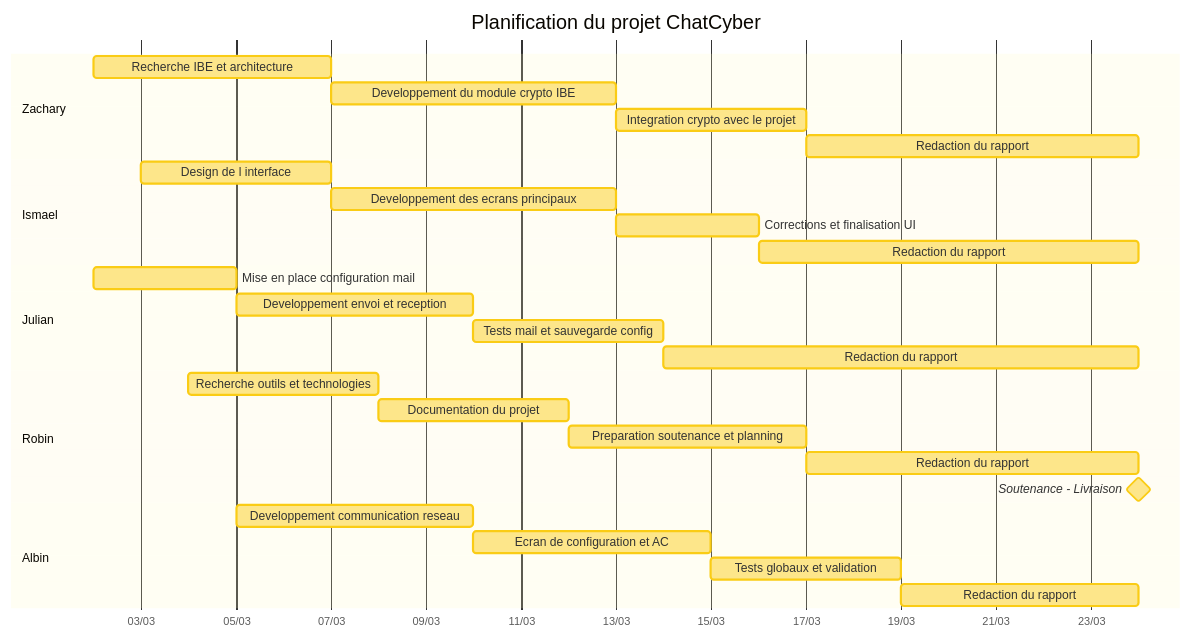
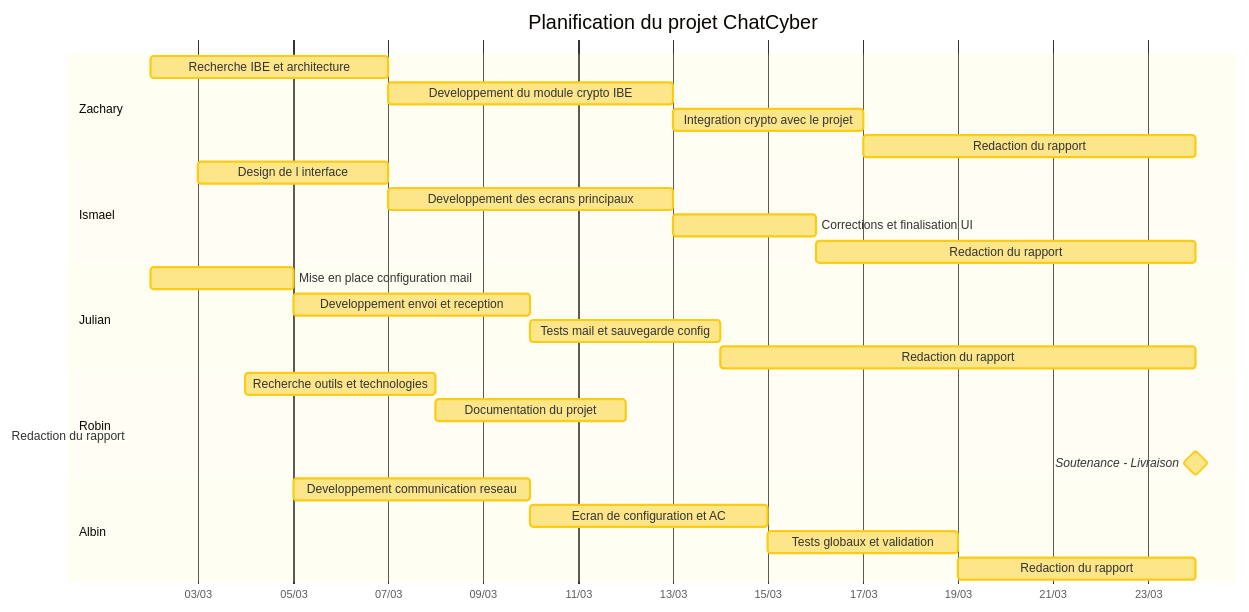
The diagram in README_GANTT.md (ismo009/chatcyber), drawn with Mermaid before and after one commit.

````diff
--- a/README_GANTT.md
+++ b/README_GANTT.md
@@ -5,64 +5,63 @@
 ```mermaid
 %%{init: {'theme': 'base', 'themeVariables': {
     'sectionBkgColor': '#fef9c3',
     'sectionBkgColor2': '#fef9c3',
     'altSectionBkgColor': '#fef3c7',
     'taskBkgColor': '#fde68a',
     'taskTextColor': '#3f3f46',
     'taskBorderColor': '#facc15',
     'doneTaskBkgColor': '#fde68a',
     'doneTaskBorderColor': '#facc15',
     'activeTaskBkgColor': '#fde68a',
     'activeTaskBorderColor': '#facc15',
     'section0': '#fde68a',
     'section1': '#fde68a',
     'section2': '#fde68a',
     'section3': '#fde68a',
     'section4': '#fde68a',
     'taskText0': '#3f3f46',
     'taskText1': '#3f3f46',
     'taskText2': '#3f3f46',
     'taskText3': '#3f3f46',
     'taskText4': '#3f3f46',
     'cScale0': '#fde68a',
     'cScale1': '#fde68a',
     'cScale2': '#fde68a',
     'cScale3': '#fde68a',
     'cScale4': '#fde68a'
 }}}%%
 gantt
     title Planification du projet ChatCyber
     dateFormat YYYY-MM-DD
     axisFormat %d/%m
 
     section Zachary
     Recherche IBE et architecture              :done, z1, 2026-03-02, 5d
     Developpement du module crypto IBE         :done, z2, after z1, 6d
     Integration crypto avec le projet          :done, z3, after z2, 4d
     Redaction du rapport                       :done, z4, after z3, 2026-03-24
 
     section Ismael
     Design de l interface                      :done, i1, 2026-03-03, 4d
     Developpement des ecrans principaux        :done, i2, after i1, 6d
     Corrections et finalisation UI             :done, i3, after i2, 3d
     Redaction du rapport                       :done, i4, after i3, 2026-03-24
 
     section Julian
     Mise en place configuration mail           :done, j1, 2026-03-02, 3d
     Developpement envoi et reception           :done, j2, after j1, 5d
     Tests mail et sauvegarde config            :done, j3, after j2, 4d
     Redaction du rapport                       :done, j4, after j3, 2026-03-24
 
     section Robin
     Recherche outils et technologies           :done, r1, 2026-03-04, 4d
     Documentation du projet                    :done, r2, after r1, 4d
-    Preparation soutenance et planning         :active, r3, after r2, 5d
     Redaction du rapport                       :done, r4, after r3, 2026-03-24
     Soutenance - Livraison                     :milestone, r5, 2026-03-24, 0d
 
     section Albin
     Developpement communication reseau         :done, a1, 2026-03-05, 5d
     Ecran de configuration et AC               :done, a2, after a1, 5d
     Tests globaux et validation                :done, a3, after a2, 4d
     Redaction du rapport                       :done, a4, after a3, 2026-03-24
 ```
````
